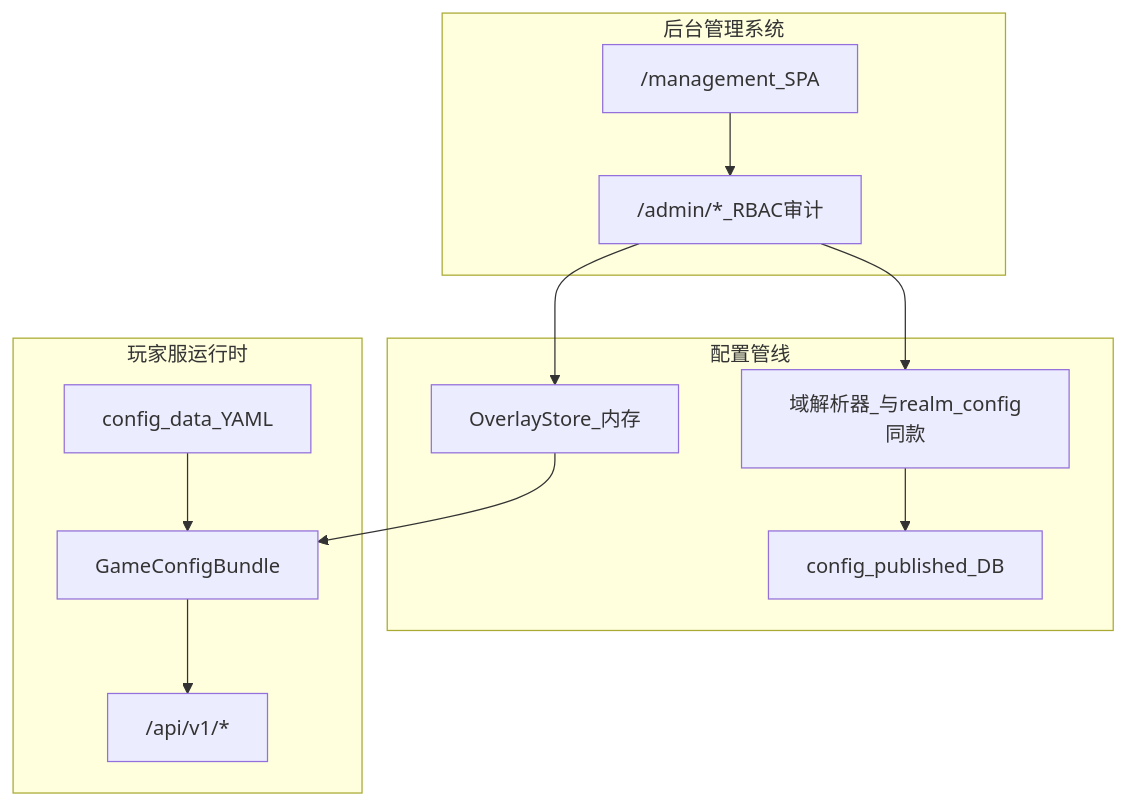
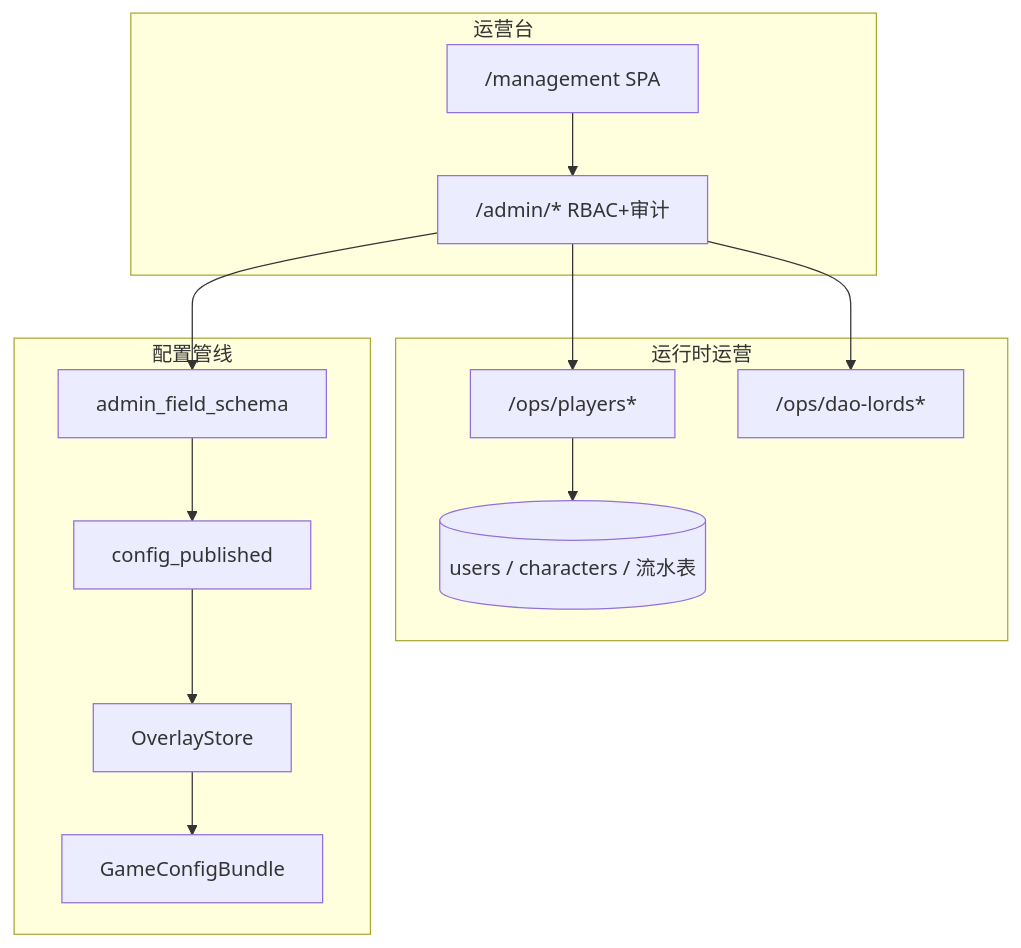
The diagram in 后台管理系统开发计划.md (Invincible-August/ProjectXX), drawn with Mermaid before and after one commit. The commit also changed other lines of this file and 461 other files, not shown here.

````diff
--- a/后台管理系统开发计划.md
+++ b/后台管理系统开发计划.md
@@ -54,24 +66,26 @@
 ```mermaid
 flowchart TB
-  subgraph adminSys [后台管理系统]
-    AdminUI["/management_SPA"]
-    AdminAPI["/admin/*_RBAC审计"]
+  subgraph adminSys [运营台]
+    UI["/management SPA"]
+    API["/admin/* RBAC+审计"]
+  end
+  subgraph runtimeOps [运行时运营]
+    Players["/ops/players*"]
+    DaoOps["/ops/dao-lords*"]
+    DB[(users / characters / 流水表)]
   end
   subgraph configPipe [配置管线]
-    Validator[域解析器_与realm_config同款]
-    Overlay[config_published_DB]
-    Store[OverlayStore_内存]
+    Schema[admin_field_schema]
+    Overlay[config_published]
+    Store[OverlayStore]
+    Bundle[GameConfigBundle]
   end
-  subgraph gameRuntime [玩家服运行时]
-    YamlBase[config_data_YAML]
-    Bundle[GameConfigBundle]
-    GameAPI["/api/v1/*"]
-  end
-  AdminUI --> AdminAPI
-  AdminAPI --> Validator
-  Validator --> Overlay
-  AdminAPI --> Store
-  YamlBase --> Bundle
+  UI --> API
+  API --> Players
+  API --> DaoOps
+  Players --> DB
+  API --> Schema
+  Schema --> Overlay
+  Overlay --> Store
   Store --> Bundle
-  Bundle --> GameAPI
 ```
````
